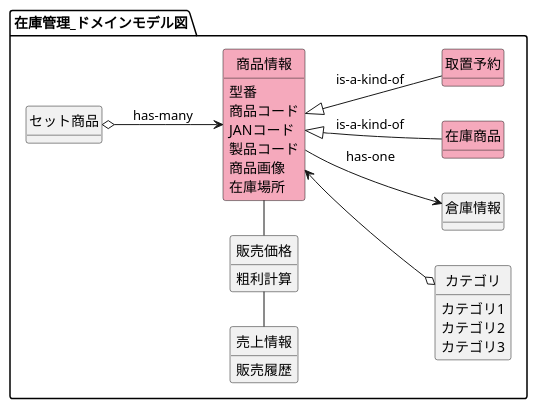
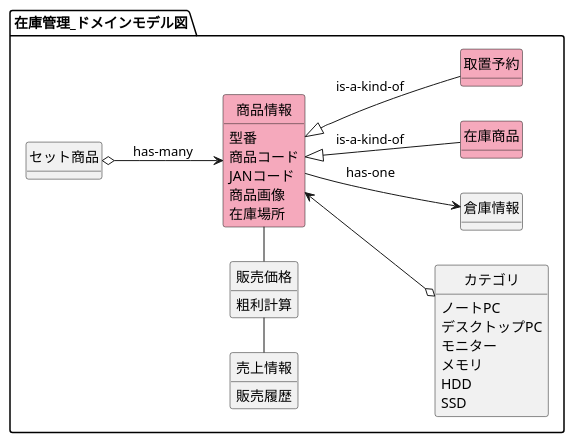
Before and after one commit to HaruShim/Sotuken: the diagram in 各種設計書/1ドメインモデル図/ドメインモデル図_在庫.wsd, drawn with PlantUML.

```diff
--- a/各種設計書/1ドメインモデル図/ドメインモデル図_在庫.wsd
+++ b/各種設計書/1ドメインモデル図/ドメインモデル図_在庫.wsd
@@ -1,82 +1,84 @@
 @startuml domainmodel
 left to right direction
 
 hide circle
 hide method
 
 
 
 ' 正規社員 -[hidden]- 非正規社員
 
 
 ' package マスタ管理_ドメインモデル図 {
 '   class ベンチマークマスタ
 '   class 商品情報
 '   class 売上情報
 '   class 販売履歴
 '   class 従業員情報
 '   class 店舗情報
 '   class 権限
 
 '   ' 正規社員 - ベンチマークマスタ
 ' }
 
 package 在庫管理_ドメインモデル図 {
 
   class 商品情報 #F5A9BC
   class カテゴリ
   class 倉庫情報
   class 在庫商品 #F5A9BC
   class セット商品
   class 取置予約 #F5A9BC
   ' class 粗利計算
   class 販売価格
   class 売上情報
   ' class 販売履歴
   ' mix_actor 従業員
 
 
   商品情報 : 型番
   商品情報 : 商品コード
   商品情報 : JANコード
-  商品情報 : 製品コード
   商品情報 : 商品画像
   商品情報 : 在庫場所
-  カテゴリ : カテゴリ1
-  カテゴリ : カテゴリ2
-  カテゴリ : カテゴリ3
+  カテゴリ : ノートPC
+  カテゴリ : デスクトップPC
+  カテゴリ : モニター
+  カテゴリ : メモリ
+  カテゴリ : HDD
+  カテゴリ : SSD
   売上情報 : 販売履歴
   販売価格 : 粗利計算
 '   ' 商品 : 価格
 
   ' 従業員 -> ログイン : has-one
 
   ' ユーザ --> カート
   ' カート o--> 商品 : has-many
   ' 商品 <--o カテゴリ
   ' ユーザ o--> 注文
   ' 注文 o--> 商品
   ' ユーザ --> ウィッシュリスト
   ' ウィッシュリスト o--> 商品
   ' ユーザ o--> レビュー
   ' レビュー <--o 商品
   セット商品 o--> 商品情報 : has-many
   商品情報 --> 倉庫情報 : has-one
   商品情報 <|-- 取置予約 : is-a-kind-of
   商品情報 <|-- 在庫商品 : is-a-kind-of
   商品情報 <--o カテゴリ
   販売価格 -left- 売上情報
   ' 販売価格 -up- 粗利計算
   商品情報 -left- 販売価格
   ' 販売価格 -[hidden]up- 売上情報
   
 
 }
 
 ' package 従業員内容 {
 '   mix_actor 正規社員
 '   mix_actor 非正規社員
 ' }
 ' 在庫管理_ドメインモデル図 -[hidden]down- 従業員内容
 
 @enduml
```
